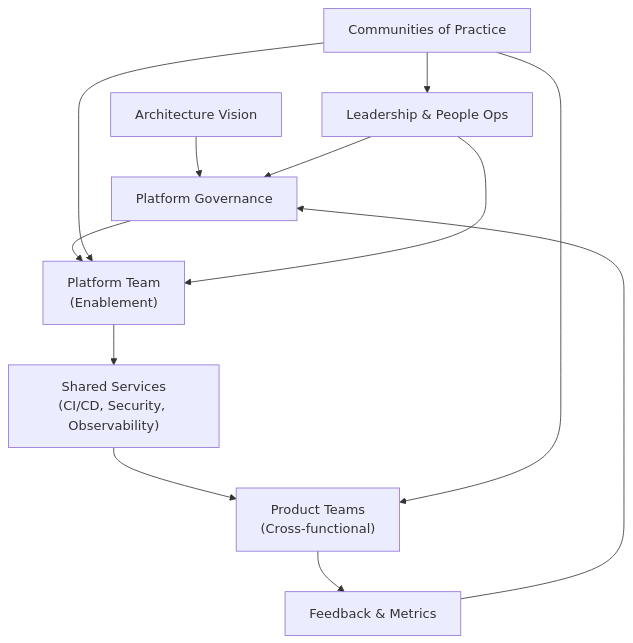
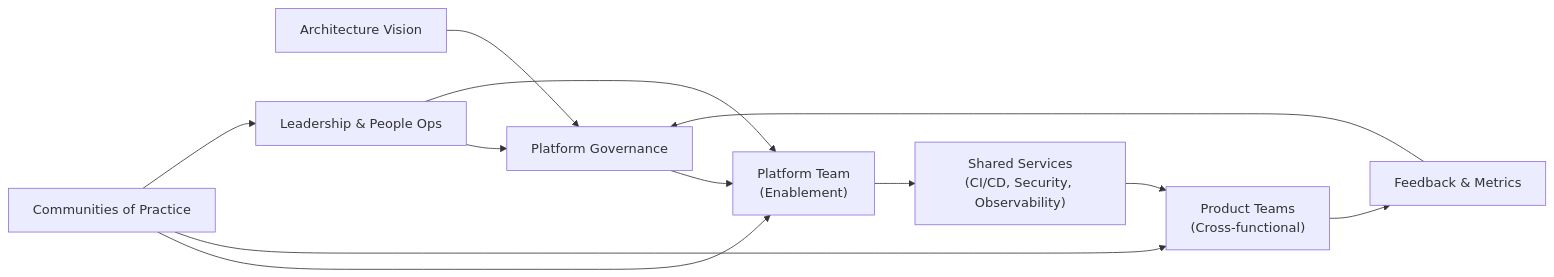
Before and after one commit to Geonitab/architecture_as_code: the diagram in docs/images/diagram_18_team_collaboration.mmd, drawn with Mermaid. The commit also changed 1 other file, not shown here.

```diff
--- a/docs/images/diagram_18_team_collaboration.mmd
+++ b/docs/images/diagram_18_team_collaboration.mmd
@@ -1,12 +1,21 @@
-flowchart TB
-    Vision["Architecture Vision"]:::kv-primary --> Governance["Platform Governance"]:::kv-accent
-    Governance --> PlatformTeam["Platform Team\n(Enablement)"]:::kv-highlight
-    PlatformTeam --> SharedServices["Shared Services\n(CI/CD, Security, Observability)"]:::kv-accent
-    SharedServices --> ProductTeams["Product Teams\n(Cross-functional)"]:::kv-primary
-    ProductTeams --> Feedback["Feedback & Metrics"]:::kv-muted
+flowchart LR
+    Vision["Architecture Vision"]:::kv-primary
+    Governance["Platform Governance"]:::kv-accent
+    PlatformTeam["Platform Team\n(Enablement)"]:::kv-highlight
+    SharedServices["Shared Services\n(CI/CD, Security, Observability)"]:::kv-accent
+    ProductTeams["Product Teams\n(Cross-functional)"]:::kv-primary
+    Feedback["Feedback & Metrics"]:::kv-muted
+    Communities["Communities of Practice"]:::kv-pattern
+    Leadership["Leadership & People Ops"]:::kv-outline
+    
+    Vision --> Governance
+    Leadership --> Governance
+    Governance --> PlatformTeam
+    Leadership --> PlatformTeam
+    PlatformTeam --> SharedServices
+    SharedServices --> ProductTeams
+    ProductTeams --> Feedback
     Feedback --> Governance
-    Communities["Communities of Practice"]:::kv-pattern --> PlatformTeam
+    Communities --> PlatformTeam
     Communities --> ProductTeams
-    Communities --> Leadership["Leadership & People Ops"]:::kv-outline
-    Leadership --> Governance
-    Leadership --> PlatformTeam
+    Communities --> Leadership
```
